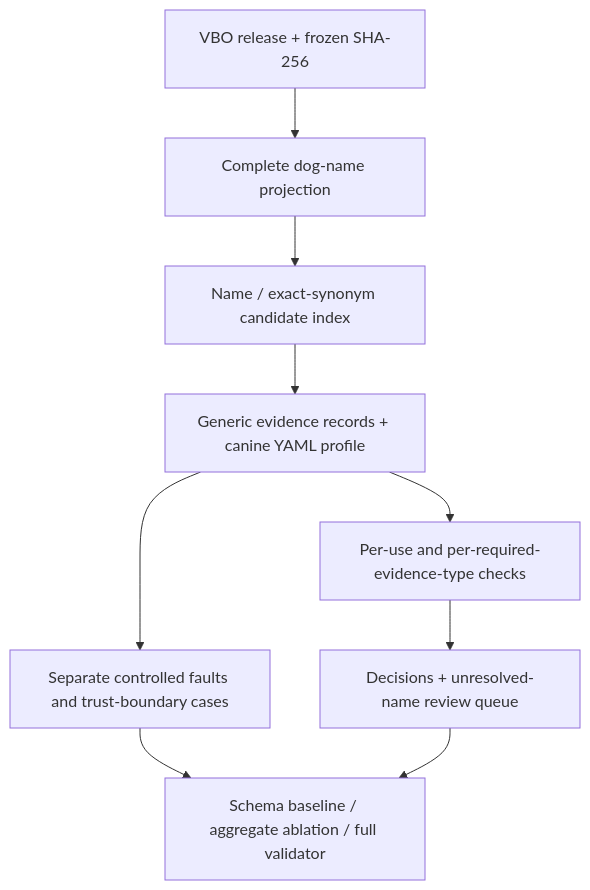
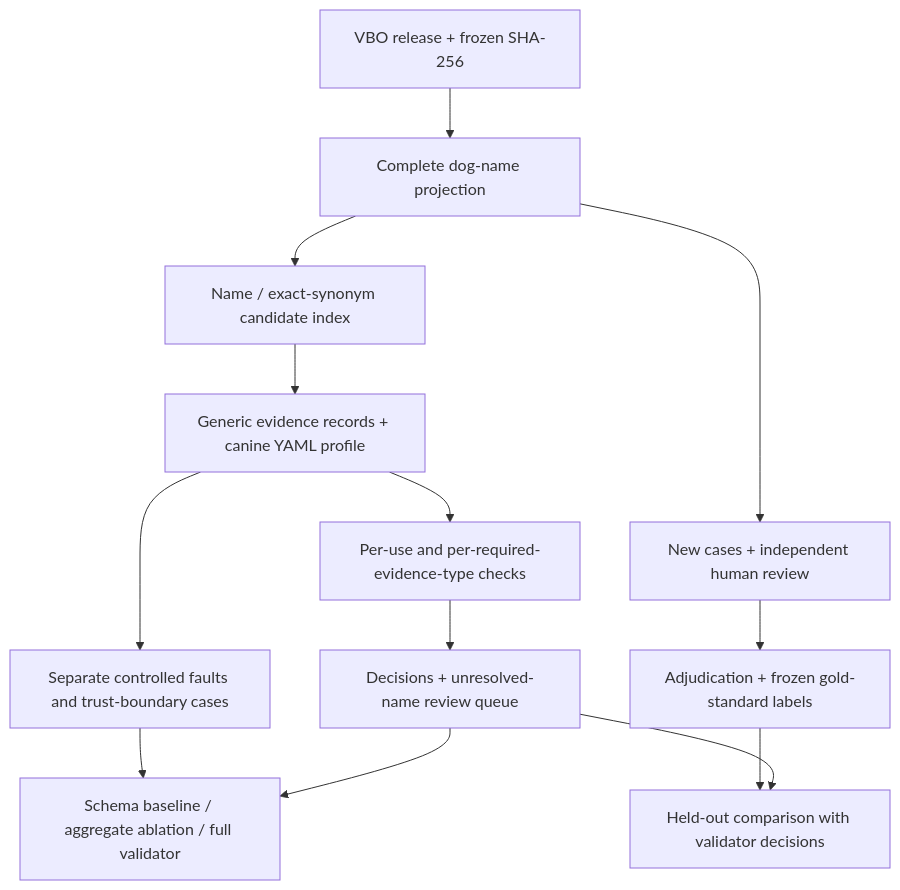
One commit to NingyuSUN/bioai-evidence-validator changed the diagram in examples/vbo_canine/README.md. Above: the diagram before and after it, drawn with Mermaid. The commit also changed other lines of this file and 7 other files, not shown here.

Commit message:
docs: add project-specific gold standard to the main workflow

````diff
--- a/examples/vbo_canine/README.md
+++ b/examples/vbo_canine/README.md
@@ -24,11 +24,15 @@
 ```mermaid
 flowchart TD
     A["VBO release + frozen SHA-256"] --> B["Complete dog-name projection"]
     B --> C["Name / exact-synonym candidate index"]
     C --> D["Generic evidence records + canine YAML profile"]
     D --> E["Per-use and per-required-evidence-type checks"]
     E --> F["Decisions + unresolved-name review queue"]
     D --> G["Separate controlled faults and trust-boundary cases"]
     G --> H["Schema baseline / aggregate ablation / full validator"]
     F --> H
+    B --> I["New cases + independent human review"]
+    I --> J["Adjudication + frozen gold-standard labels"]
+    J --> K["Held-out comparison with validator decisions"]
+    F --> K
 ```
````
